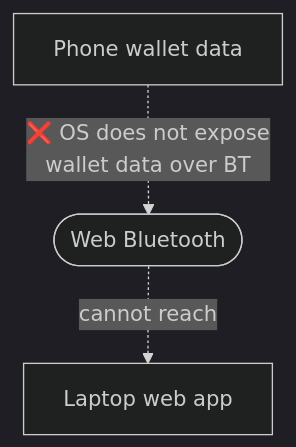
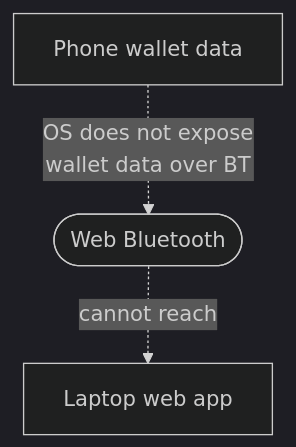
The fourth of 4 diagrams in docs/DATA-SOURCES.md (Nikorshun/autoexpense), drawn with Mermaid (dark theme) before and after one commit. The commit also changed other lines of this file and 3 other files, not shown here.

First line of the commit message:
Make all docs Mermaid diagrams GitHub-safe

````diff
--- a/docs/DATA-SOURCES.md
+++ b/docs/DATA-SOURCES.md
@@ -94,8 +94,8 @@
 ```mermaid
 flowchart TB
     Phone["Phone wallet data"]
     BT(["Web Bluetooth"])
     Laptop["Laptop web app"]
-    Phone -. ❌ OS does not expose<br/>wallet data over BT .-> BT
+    Phone -. OS does not expose<br/>wallet data over BT .-> BT
     BT -. cannot reach .-> Laptop
 ```
````
